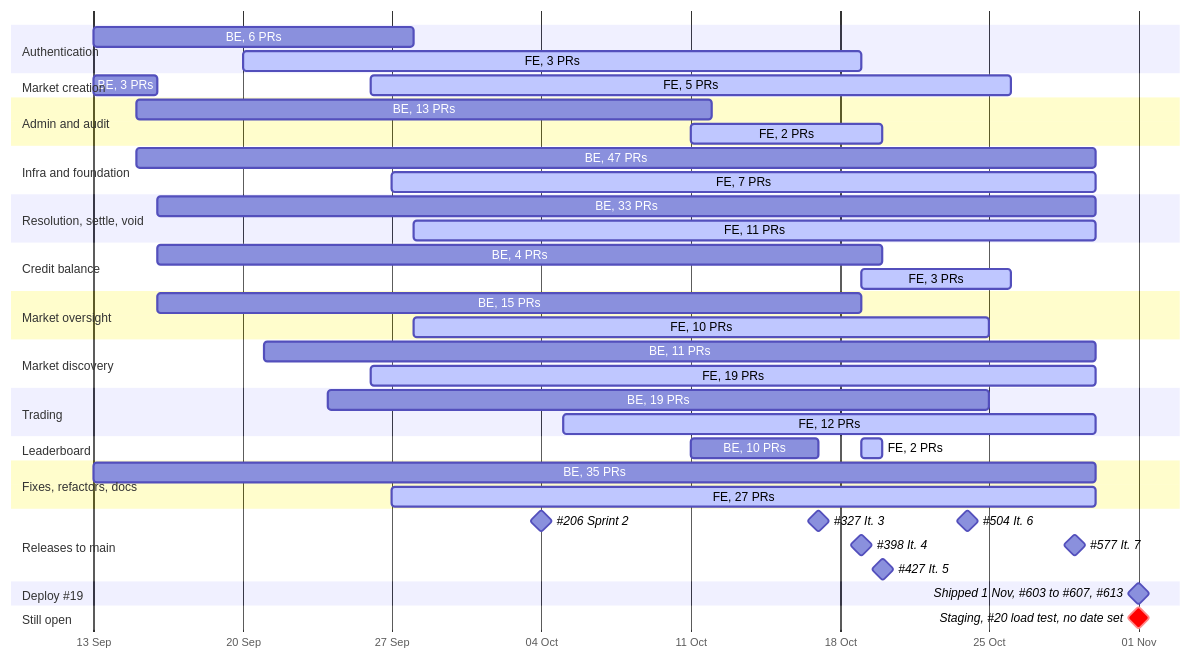
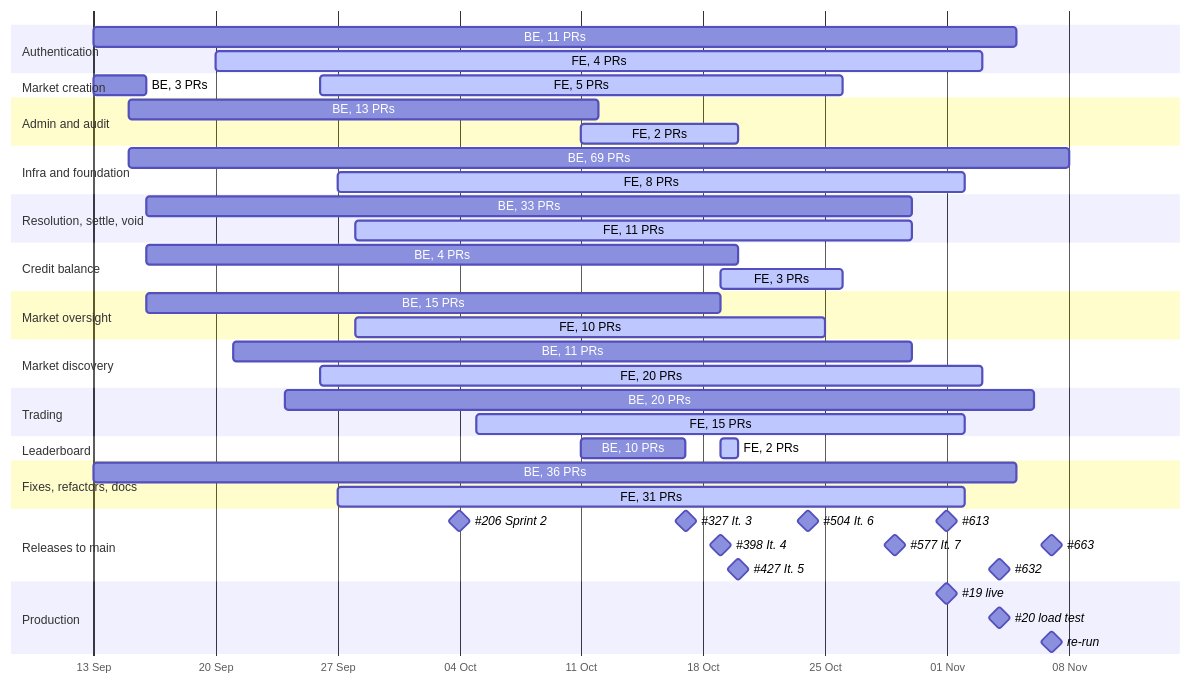
One commit to decker757/CS464 changed the diagram in docs/diagrams/07-gantt.mmd. Above: the diagram before and after it, drawn with Mermaid. The commit also changed 1 other file, not shown here.

Commit message:
docs(diagrams): 07 runs to 7 November, with production and the load tests on it
The chart's cut-off moves from 29 October to 7 November: 39 more PRs into
dev or a stack branch, placed by the same lane rules (closing issue's epic,
else its parent, else the story tag; [5.x] is infra). Releases #613, #632
and #663 join the releases lane. A Production row marks #19 going live on
1 November and #20's load test in production on 4 November and again on
7 November after the release (docs/load-test.md). The undated marker for
staging and #20 is gone: #20 ran, and staging was dropped on 2026-11-08.

```diff
--- a/docs/diagrams/07-gantt.mmd
+++ b/docs/diagrams/07-gantt.mmd
@@ -1,70 +1,77 @@
 %% 07 — Delivery timeline by epic
-%% Drawn from: gh pr list --state merged (297 PRs into dev or a stack branch,
-%%   2026-09-13 to 2026-10-29), each PR's closing issue and its "epic:" label,
-%%   else the issue's parent, else the story tag in the title. 62 PRs with no
-%%   epic anywhere are the last lane; #221's void stack, unlabelled, is under
+%% Drawn from: gh pr list --state merged (336 PRs into dev or a stack branch,
+%%   2026-09-13 to 2026-11-07, the cut-off), each PR's closing issue and its
+%%   "epic:" label, else the issue's parent, else the story tag in the title
+%%   ([5.x] is infra, as #19, #20 and #599 are labelled). 67 PRs with no epic
+%%   anywhere are the last lane; #221's void stack, unlabelled, is under
 %%   resolution. Releases are the [Release] PRs into main, named as their
-%%   titles name them. The deploy row is outside that window: #19's five PRs,
-%%   #603 to #607, merged into dev on 2026-11-01, and #613 took them to main the
-%%   same day, as did the unrelated #597: neither is in the Releases lane, whose
-%%   labels would collide. Staging (a #19 criterion, ADR 0026) and #20 have no
-%%   target date, so they are a marker at the chart's end rather than a bar.
+%%   titles name them. #633, which merged main back into dev, is a PR into dev
+%%   with no epic, so it is in the last lane; #664 and #666, docs PRs straight
+%%   into main, are not drawn.
+%%   #19's five PRs, #603 to #607, are in the infra lane; "Production" marks the
+%%   days it went live and the two load-test runs in production, from
+%%   docs/load-test.md's results table.
 %% A bar runs from an epic's first merged PR to its last. It is a span, not
 %% continuous work. FE bars are shaded (`active`), BE bars plain.
 %% Compact mode shares a row between bars that do not overlap, which would pile
-%% the release labels onto one row. Mermaid draws a milestone at the middle of
-%% its span, so each release is given a span centred on its merge date
-%% (4, 17, 19, 20, 24 and 29 Oct), sized so that overlapping spans put labels
-%% that would collide on different rows (Mermaid fills rows in source order,
-%% hence #577 before #504). The span itself is not drawn. "It." is Iteration,
-%% as the release PRs' titles name them.
+%% the milestone labels onto one row. Mermaid draws a milestone at the middle of
+%% its span, and fills a section's rows greedily in order of each span's start,
+%% so each milestone is given a span centred on its date (releases 4, 17, 19, 20,
+%% 24 and 29 Oct and 1, 4 and 7 Nov) whose start puts labels that would collide
+%% on different rows. The span itself is not drawn. "It." is Iteration, as the
+%% release PRs' titles name them. Two dates had two release PRs, and the chart
+%% names the later one: #597 and #613 on 1 Nov, and #631 and #632, the two steps
+%% of one release, on 4 Nov.
 %%{init: {"gantt": {"displayMode": "compact", "barHeight": 18, "barGap": 4}, "themeCSS": ".tick text { font-size: 15px; } .sectionTitle { font-size: 15px; } .taskText, .taskTextOutsideRight, .taskTextOutsideLeft { font-size: 14.5px; }"}}%%
 gantt
     dateFormat YYYY-MM-DD
     axisFormat %d %b
     tickInterval 1week
     todayMarker off
     section Authentication
-    BE, 6 PRs :2026-09-13, 15d
-    FE, 3 PRs :active, 2026-09-20, 29d
+    BE, 11 PRs :2026-09-13, 53d
+    FE, 4 PRs :active, 2026-09-20, 44d
     section Market creation
     BE, 3 PRs :2026-09-13, 3d
     FE, 5 PRs :active, 2026-09-26, 30d
     section Admin and audit
     BE, 13 PRs :2026-09-15, 27d
     FE, 2 PRs :active, 2026-10-11, 9d
     section Infra and foundation
-    BE, 47 PRs :2026-09-15, 45d
-    FE, 7 PRs :active, 2026-09-27, 33d
+    BE, 69 PRs :2026-09-15, 54d
+    FE, 8 PRs :active, 2026-09-27, 36d
     section Resolution, settle, void
     BE, 33 PRs :2026-09-16, 44d
     FE, 11 PRs :active, 2026-09-28, 32d
     section Credit balance
     BE, 4 PRs :2026-09-16, 34d
     FE, 3 PRs :active, 2026-10-19, 7d
     section Market oversight
     BE, 15 PRs :2026-09-16, 33d
     FE, 10 PRs :active, 2026-09-28, 27d
     section Market discovery
     BE, 11 PRs :2026-09-21, 39d
-    FE, 19 PRs :active, 2026-09-26, 34d
+    FE, 20 PRs :active, 2026-09-26, 38d
     section Trading
-    BE, 19 PRs :2026-09-24, 31d
-    FE, 12 PRs :active, 2026-10-05, 25d
+    BE, 20 PRs :2026-09-24, 43d
+    FE, 15 PRs :active, 2026-10-05, 28d
     section Leaderboard
     BE, 10 PRs :2026-10-11, 6d
     FE, 2 PRs :active, 2026-10-19, 1d
     section Fixes, refactors, docs
-    BE, 35 PRs :2026-09-13, 47d
-    FE, 27 PRs :active, 2026-09-27, 33d
+    BE, 36 PRs :2026-09-13, 53d
+    FE, 31 PRs :active, 2026-09-27, 36d
     section Releases to main
     #206 Sprint 2  :milestone, 2026-10-02, 4d
     #327 It. 3    :milestone, 2026-10-15, 4d
     #398 It. 4    :milestone, 2026-10-18, 2d
     #427 It. 5    :milestone, 2026-10-18, 4d
     #577 It. 7    :milestone, 2026-10-27, 4d
     #504 It. 6    :milestone, 2026-10-20, 8d
-    section Deploy #19
-    Shipped 1 Nov, #603 to #607, #613 :milestone, 2026-11-01, 0d
-    section Still open
-    Staging, #20 load test, no date set :crit, milestone, 2026-11-01, 0d
+    #613          :milestone, 2026-10-29, 6d
+    #632          :milestone, 2026-10-30, 10d
+    #663          :milestone, 2026-11-02, 10d
+    section Production
+    #19 live      :milestone, 2026-10-29, 6d
+    #20 load test :milestone, 2026-11-01, 6d
+    re-run        :milestone, 2026-11-02, 10d
```
